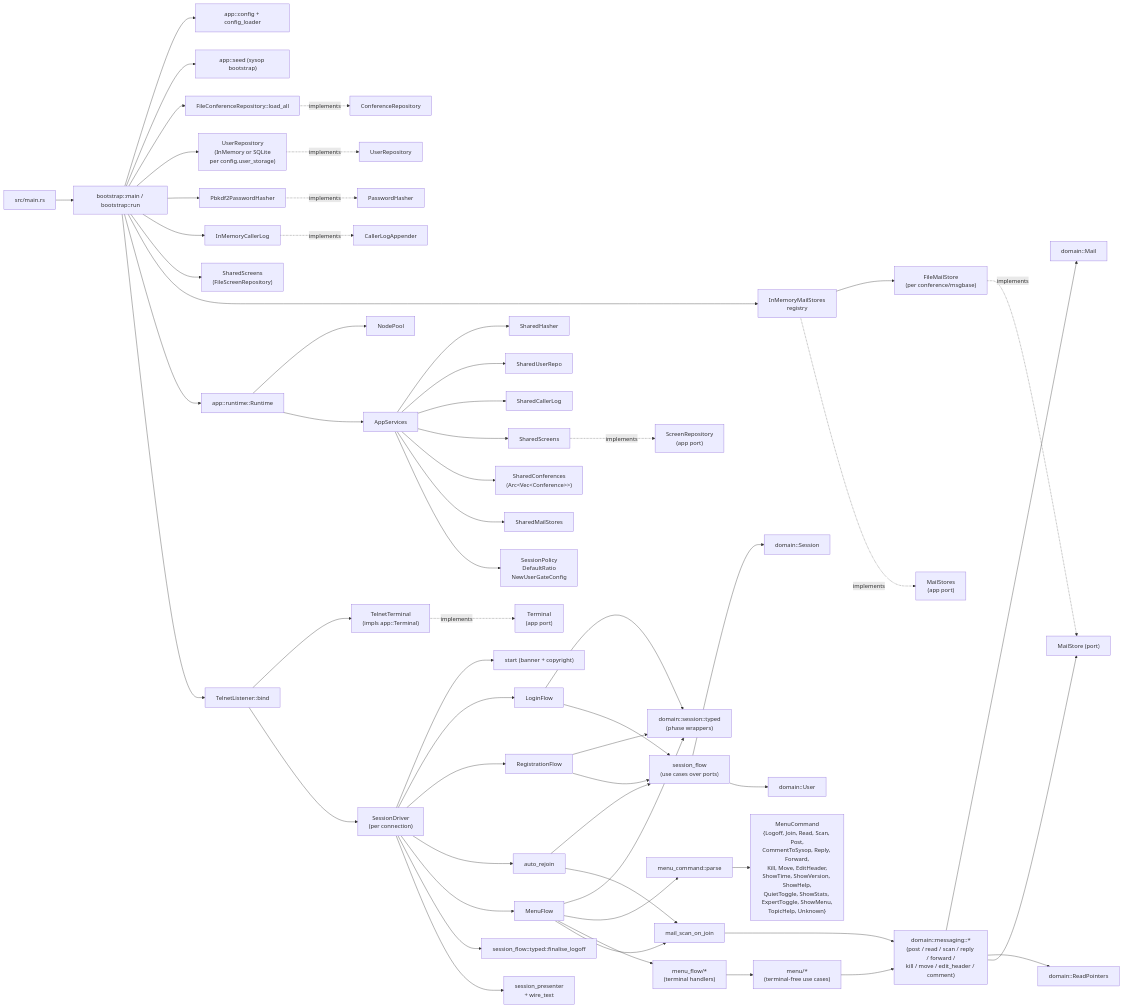
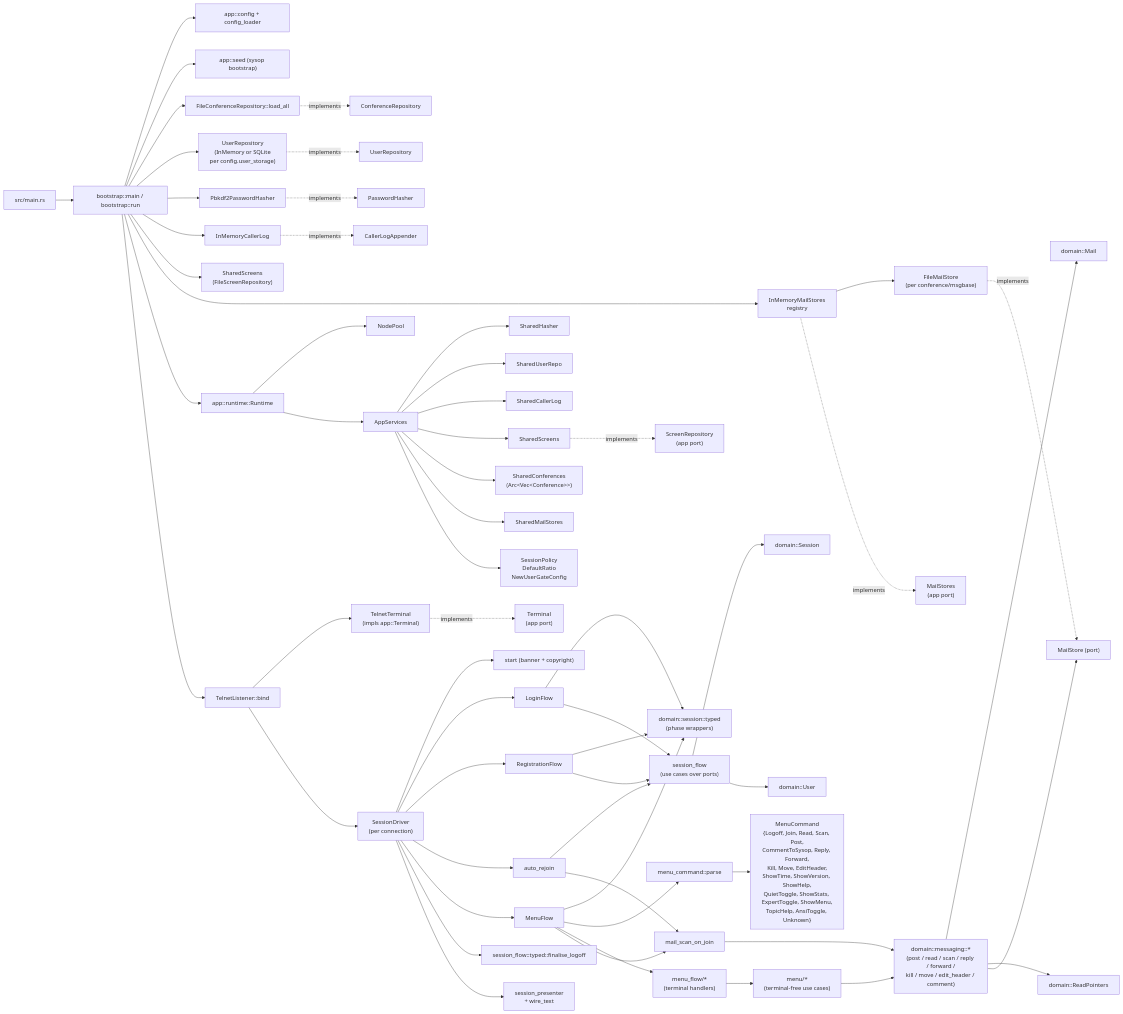
Before and after one commit to pingles/nextexpress: the diagram in SYSTEM.md, drawn with Mermaid. The commit also changed other lines of this file and 9 other files, not shown here.

First line of the commit message:
Add: M (ANSI toggle) + mis-binding fix — Tier A quickwin A8

````diff
--- a/SYSTEM.md
+++ b/SYSTEM.md
@@ -90,70 +90,70 @@
 ```mermaid
 flowchart LR
     Main["src/main.rs"] --> AppRun["bootstrap::main / bootstrap::run"]
 
     AppRun --> Config["app::config + config_loader"]
     AppRun --> Seed["app::seed (sysop bootstrap)"]
     AppRun --> ConfRepo["FileConferenceRepository::load_all"]
     AppRun --> UserRepo["UserRepository\n(InMemory or SQLite\nper config.user_storage)"]
     AppRun --> Hasher["Pbkdf2PasswordHasher"]
     AppRun --> CallerLog["InMemoryCallerLog"]
     AppRun --> Screens["SharedScreens\n(FileScreenRepository)"]
     AppRun --> MailRegistry["InMemoryMailStores\nregistry"]
     MailRegistry --> FileMailStore["FileMailStore\n(per conference/msgbase)"]
 
     AppRun --> Runtime["app::runtime::Runtime"]
     Runtime --> NodePool["NodePool"]
     Runtime --> Services["AppServices"]
 
     Services --> Sharedhasher["SharedHasher"]
     Services --> SharedRepo["SharedUserRepo"]
     Services --> SharedLog["SharedCallerLog"]
     Services --> SharedScreens
     Services --> SharedConfs["SharedConferences\n(Arc&lt;Vec&lt;Conference&gt;&gt;)"]
     Services --> SharedMail["SharedMailStores"]
     Services --> Policy["SessionPolicy\nDefaultRatio\nNewUserGateConfig"]
 
     AppRun --> Telnet["TelnetListener::bind"]
     Telnet --> Terminal["TelnetTerminal\n(impls app::Terminal)"]
     Telnet --> Driver["SessionDriver\n(per connection)"]
 
     Driver --> Start["start (banner + copyright)"]
     Driver --> Login["LoginFlow"]
     Driver --> Registration["RegistrationFlow"]
     Driver --> AutoRejoin["auto_rejoin"]
     Driver --> Menu["MenuFlow"]
     Driver --> Finalise["session_flow::typed::finalise_logoff"]
 
     Login --> Typed["domain::session::typed\n(phase wrappers)"]
     Registration --> Typed
     Menu --> Typed
     Login --> SF["session_flow\n(use cases over ports)"]
     Registration --> SF
     AutoRejoin --> SF
     Driver --> Presenter["session_presenter\n+ wire_text"]
 
     Menu --> Parse["menu_command::parse"]
-    Parse --> Cmds["MenuCommand\n{Logoff, Join, Read, Scan, Post,\nCommentToSysop, Reply, Forward,\nKill, Move, EditHeader,\nShowTime, ShowVersion, ShowHelp,\nQuietToggle, ShowStats, ExpertToggle, ShowMenu,\nTopicHelp, Unknown}"]
+    Parse --> Cmds["MenuCommand\n{Logoff, Join, Read, Scan, Post,\nCommentToSysop, Reply, Forward,\nKill, Move, EditHeader,\nShowTime, ShowVersion, ShowHelp,\nQuietToggle, ShowStats, ExpertToggle, ShowMenu,\nTopicHelp, AnsiToggle, Unknown}"]
     Menu --> MenuFlowHandlers["menu_flow/*\n(terminal handlers)"]
     MenuFlowHandlers --> MenuUseCases["menu/*\n(terminal-free use cases)"]
 
     MenuUseCases --> Rules["domain::messaging::*\n(post / read / scan / reply / forward /\nkill / move / edit_header / comment)"]
     AutoRejoin --> ScanOnJoin["mail_scan_on_join"]
     Menu --> ScanOnJoin
     ScanOnJoin --> Rules
 
     Rules --> Mail["domain::Mail"]
     Rules --> Pointers["domain::ReadPointers"]
     Rules --> MailPort["MailStore (port)"]
     SF --> DomainSession["domain::Session"]
     SF --> DomainUser["domain::User"]
 
     ConfRepo -.implements.-> ConfPort["ConferenceRepository"]
     UserRepo -.implements.-> UserPort["UserRepository"]
     Hasher -.implements.-> HasherPort["PasswordHasher"]
     CallerLog -.implements.-> LogPort["CallerLogAppender"]
     SharedScreens -.implements.-> ScreenPort["ScreenRepository\n(app port)"]
     MailRegistry -.implements.-> MailRegistryPort["MailStores\n(app port)"]
     FileMailStore -.implements.-> MailPort
     Terminal -.implements.-> TermPort["Terminal\n(app port)"]
 ```
````
